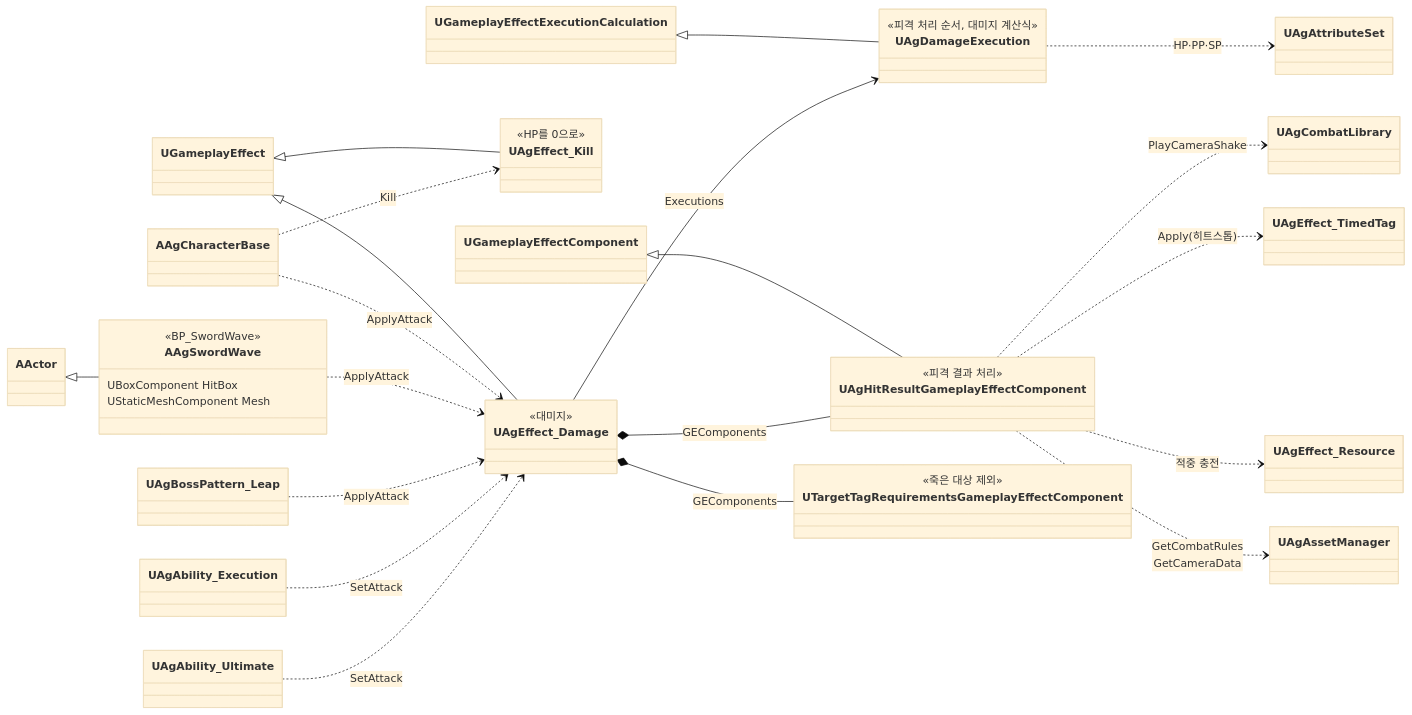
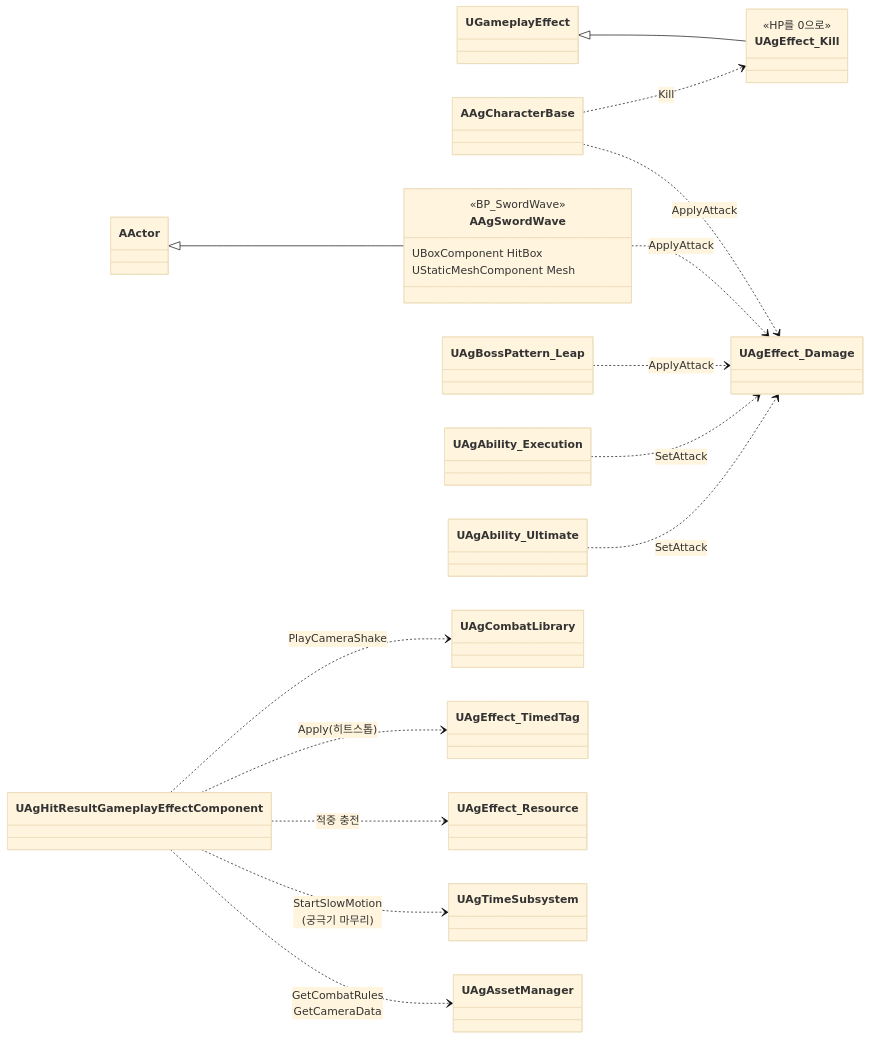
One commit to Woogl/Ag changed the second of 3 diagrams in Docs/Program/대미지와 피격 처리.md. Above: the diagram before and after it, drawn with Mermaid (base theme). The commit also changed other lines of this file and 2 other files, not shown here.

Commit message:
구현 계획서: 대미지 문서의 중복을 줄이고 코드에 맞춤

````diff
--- a/Docs/Program/대미지와 피격 처리.md
+++ b/Docs/Program/대미지와 피격 처리.md
@@ -28,44 +52,26 @@
 ```mermaid
 classDiagram
     direction LR
-    class UAgEffect_Damage {
-        <<대미지>>
-    }
-    class UAgDamageExecution {
-        <<피격 처리 순서, 대미지 계산식>>
-    }
-    class UAgHitResultGameplayEffectComponent {
-        <<피격 결과 처리>>
-    }
-    class UTargetTagRequirementsGameplayEffectComponent {
-        <<죽은 대상 제외>>
-    }
-    class UAgEffect_Kill {
-        <<HP를 0으로>>
-    }
     class AAgSwordWave {
         <<BP_SwordWave>>
         UBoxComponent HitBox
         UStaticMeshComponent Mesh
     }
-    UGameplayEffect <|-- UAgEffect_Damage
-    UGameplayEffectExecutionCalculation <|-- UAgDamageExecution
-    UAgEffect_Damage --> UAgDamageExecution : Executions
-    UGameplayEffectComponent <|-- UAgHitResultGameplayEffectComponent
-    UAgEffect_Damage *-- UAgHitResultGameplayEffectComponent : GEComponents
-    UAgEffect_Damage *-- UTargetTagRequirementsGameplayEffectComponent : GEComponents
-    UAgDamageExecution ..> UAgAttributeSet : HP·PP·SP
+    class UAgEffect_Kill {
+        <<HP를 0으로>>
+    }
+    AActor <|-- AAgSwordWave
     UGameplayEffect <|-- UAgEffect_Kill
-    AActor <|-- AAgSwordWave
 
     AAgCharacterBase ..> UAgEffect_Damage : ApplyAttack
     AAgSwordWave ..> UAgEffect_Damage : ApplyAttack
     UAgBossPattern_Leap ..> UAgEffect_Damage : ApplyAttack
     UAgAbility_Execution ..> UAgEffect_Damage : SetAttack
     UAgAbility_Ultimate ..> UAgEffect_Damage : SetAttack
     AAgCharacterBase ..> UAgEffect_Kill : Kill
     UAgHitResultGameplayEffectComponent ..> UAgCombatLibrary : PlayCameraShake
     UAgHitResultGameplayEffectComponent ..> UAgEffect_TimedTag : Apply(히트스톱)
     UAgHitResultGameplayEffectComponent ..> UAgEffect_Resource : 적중 충전
+    UAgHitResultGameplayEffectComponent ..> UAgTimeSubsystem : StartSlowMotion<br>(궁극기 마무리)
     UAgHitResultGameplayEffectComponent ..> UAgAssetManager : GetCombatRules<br>GetCameraData
 ```
````
